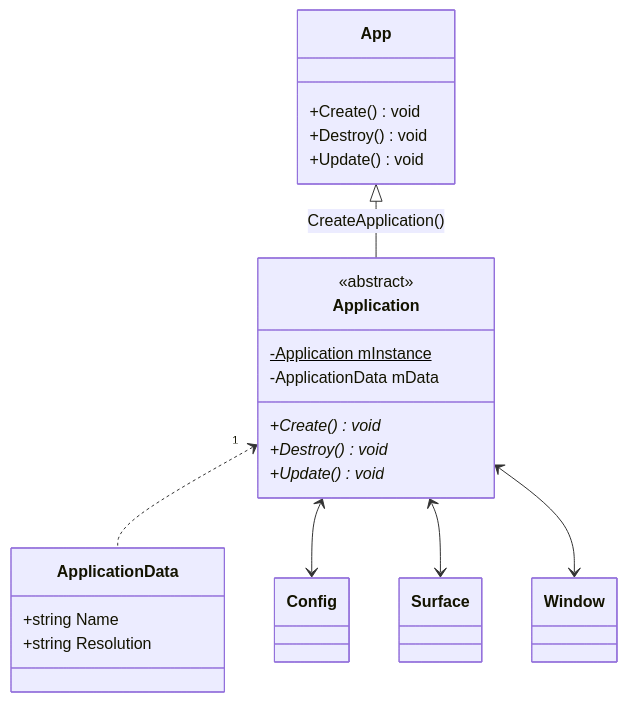
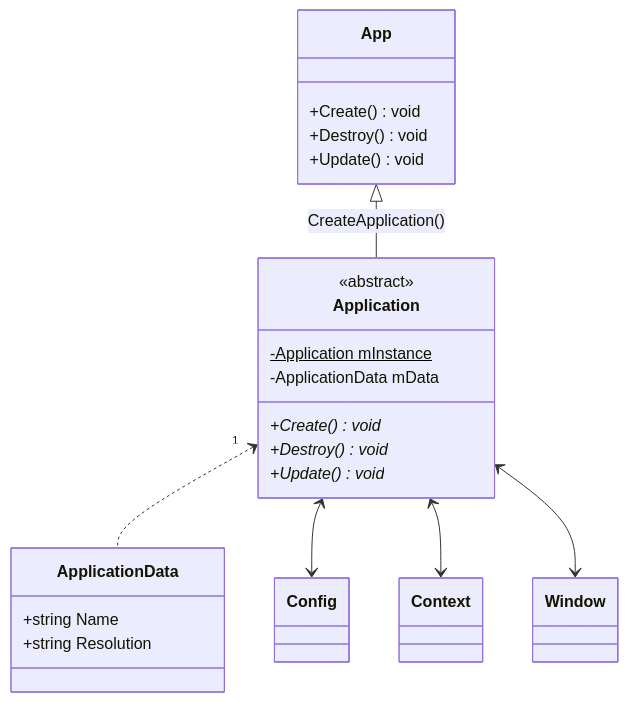
The diagram in Manual/Concept.mmd (dodecai/ultra), drawn with Mermaid before and after one commit. The commit also changed 151 other files, not shown here.

Commit message:
Refactoring the renderer again :D, but now with a new and hopefully stable architecture.

```diff
--- a/Manual/Concept.mmd
+++ b/Manual/Concept.mmd
@@ -1,37 +1,37 @@
 classDiagram
     class App {
         +Create() void
         +Destroy() void
         +Update() void
     }
     
     App <|-- Application : CreateApplication()
     
     class ApplicationData {
         +string Name
         +string Resolution
     }
 
     class Application {
         <<abstract>>
         +Create()* void
         +Destroy()* void
         +Update()* void
         -Application mInstance$
         -ApplicationData mData
     }
 
     Application "1" <.. ApplicationData
     
     Application <--> Config
-    Application <--> Surface
+    Application <--> Context
     Application <--> Window
     
     class Config {
     }
 
-    class Surface {
+    class Context {
     }
     
     class Window {
     }
```
